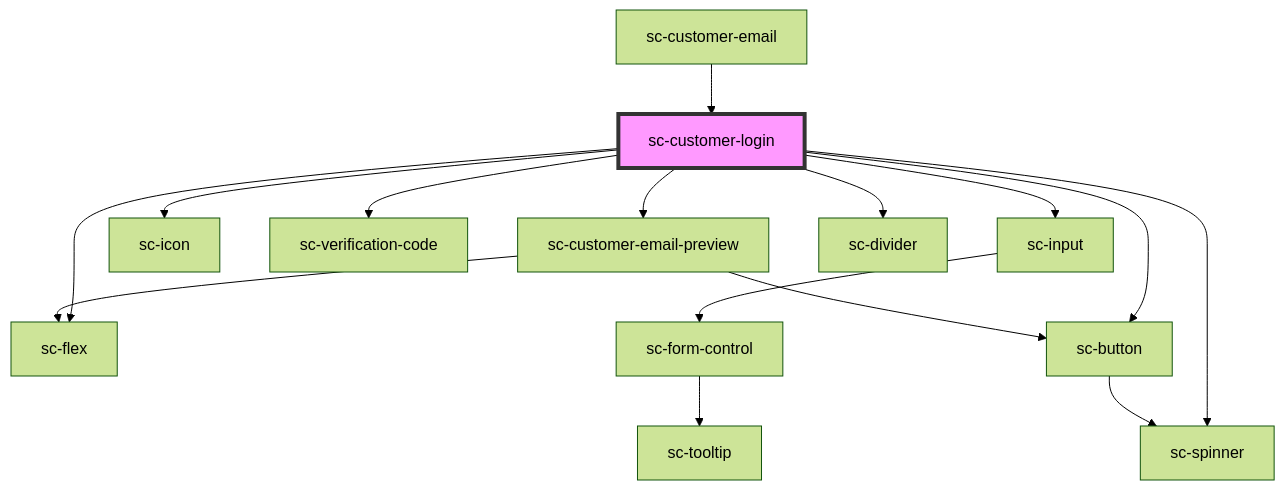
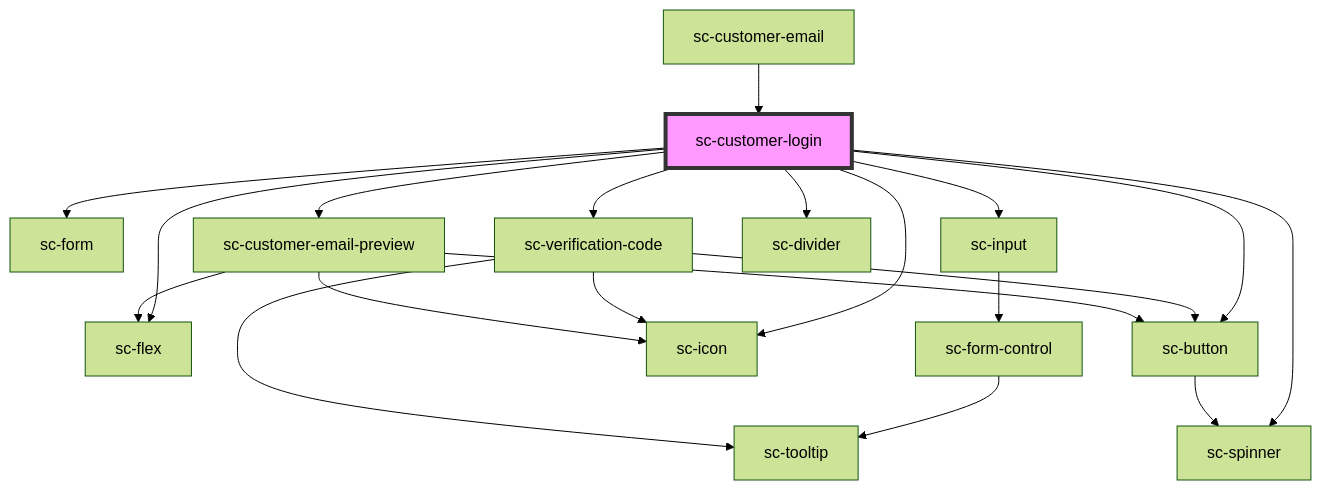
Before and after one commit to surecart/surecart-wp-plugin: the diagram in packages/components/src/components/controllers/checkout-form/customer-login/readme.md, drawn with Mermaid (forest theme). The commit also changed other lines of this file and 14 other files, not shown here.

````diff
--- a/packages/components/src/components/controllers/checkout-form/customer-login/readme.md
+++ b/packages/components/src/components/controllers/checkout-form/customer-login/readme.md
@@ -40,18 +41,23 @@
 ```mermaid
 graph TD;
+  sc-customer-login --> sc-form
   sc-customer-login --> sc-flex
   sc-customer-login --> sc-input
   sc-customer-login --> sc-button
   sc-customer-login --> sc-icon
   sc-customer-login --> sc-verification-code
   sc-customer-login --> sc-spinner
   sc-customer-login --> sc-customer-email-preview
   sc-customer-login --> sc-divider
   sc-input --> sc-form-control
   sc-form-control --> sc-tooltip
   sc-button --> sc-spinner
+  sc-verification-code --> sc-tooltip
+  sc-verification-code --> sc-button
+  sc-verification-code --> sc-icon
   sc-customer-email-preview --> sc-flex
   sc-customer-email-preview --> sc-button
+  sc-customer-email-preview --> sc-icon
   sc-customer-email --> sc-customer-login
   style sc-customer-login fill:#f9f,stroke:#333,stroke-width:4px
 ```
````
